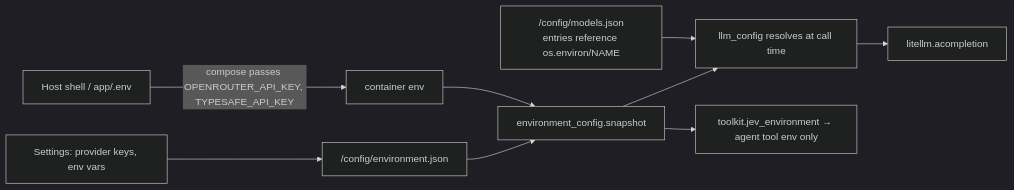
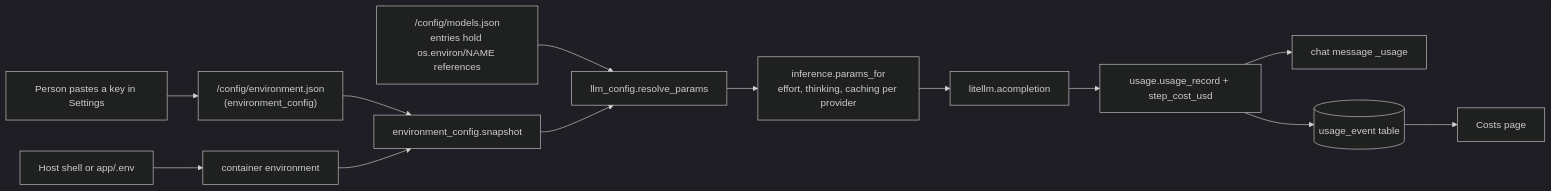
Before and after one commit to AlessioNar/ldraw-nova: the diagram in docs/system/settings-and-providers.md, drawn with Mermaid (dark theme). The commit also changed other lines of this file and 22 other files, not shown here.

````diff
--- a/docs/system/settings-and-providers.md
+++ b/docs/system/settings-and-providers.md
@@ -38,9 +9,14 @@
 ```mermaid
 flowchart LR
-  H[Host shell / app/.env] -->|compose passes OPENROUTER_API_KEY, TYPESAFE_API_KEY| ENV[container env]
-  S[Settings: provider keys, env vars] --> EJ["/config/environment.json"]
-  ENV & EJ --> SNAP[environment_config.snapshot]
-  M["/config/models.json<br/>entries reference os.environ/NAME"] --> R[llm_config resolves at call time]
-  SNAP --> R --> LLM[litellm.acompletion]
-  SNAP --> JEV[toolkit.jev_environment → agent tool env only]
+  P[Person pastes a key in Settings] --> EJ["/config/environment.json<br/>(environment_config)"]
+  H[Host shell or app/.env] --> ENV[container environment]
+  EJ & ENV --> SNAP[environment_config.snapshot]
+  M["/config/models.json<br/>entries hold os.environ/NAME references"] --> RP[llm_config.resolve_params]
+  SNAP --> RP
+  RP --> IN[inference.params_for<br/>effort, thinking, caching per provider]
+  IN --> LL[litellm.acompletion]
+  LL --> U[usage.usage_record + step_cost_usd]
+  U --> MSG[chat message _usage]
+  U --> UE[(usage_event table)]
+  UE --> CP[Costs page]
 ```
````
